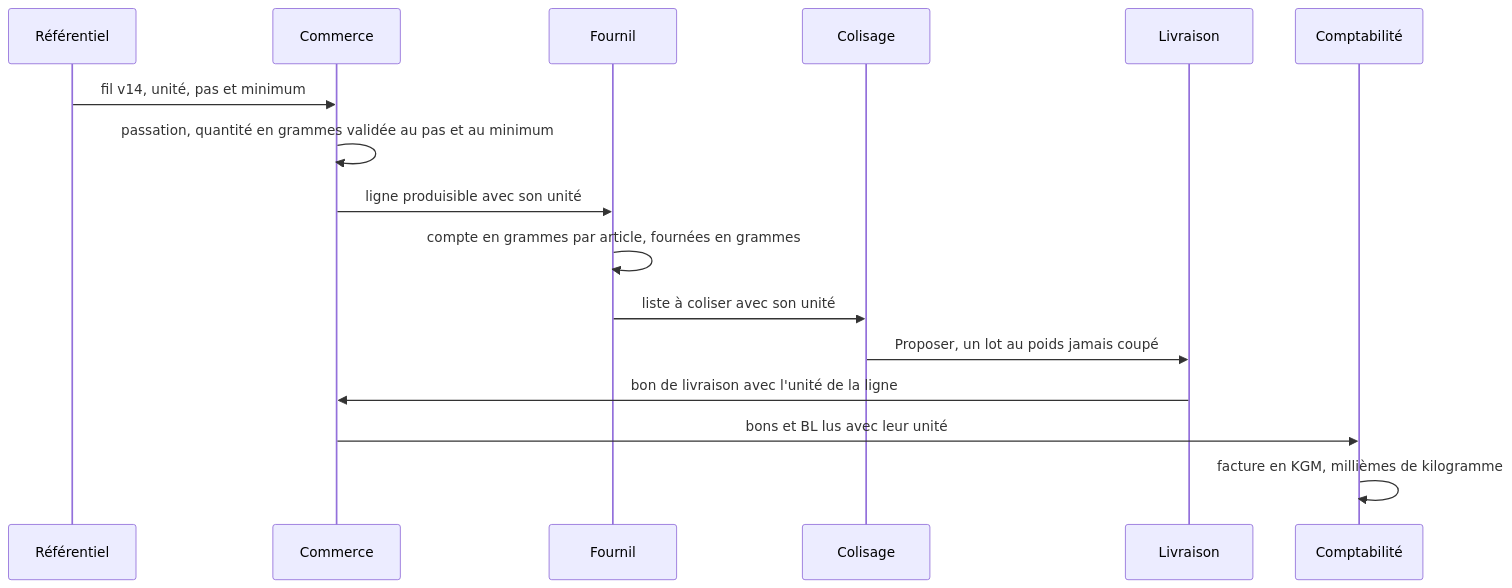
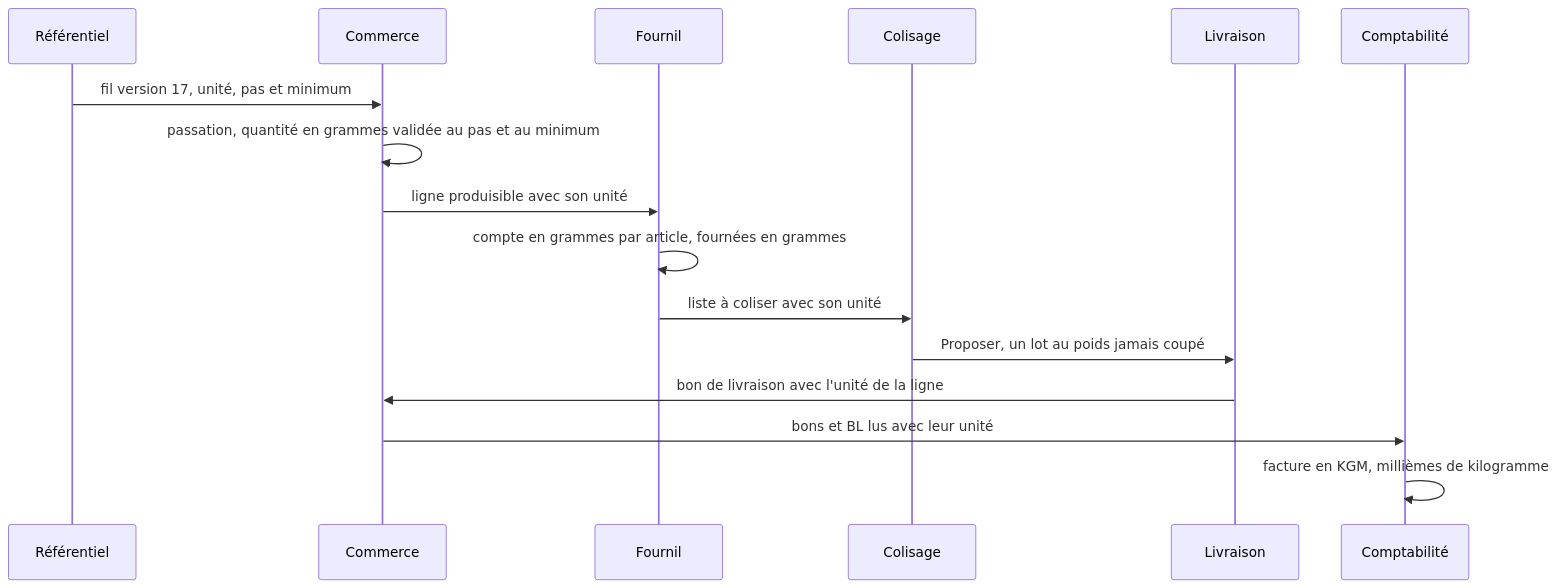
Before and after one commit to hugoheynard/lfd: the diagram in documentation/pricing/vente-au-poids.md, drawn with Mermaid. The commit also changed other lines of this file and 248 other files, not shown here.

````diff
--- a/documentation/pricing/vente-au-poids.md
+++ b/documentation/pricing/vente-au-poids.md
@@ -56,18 +55,18 @@
 ```mermaid
 sequenceDiagram
   participant PIM as Référentiel
   participant C as Commerce
   participant F as Fournil
   participant K as Colisage
   participant L as Livraison
   participant A as Comptabilité
-  PIM->>C: fil v14, unité, pas et minimum
+  PIM->>C: fil version 17, unité, pas et minimum
   C->>C: passation, quantité en grammes validée au pas et au minimum
   C->>F: ligne produisible avec son unité
   F->>F: compte en grammes par article, fournées en grammes
   F->>K: liste à coliser avec son unité
   K->>L: Proposer, un lot au poids jamais coupé
   L->>C: bon de livraison avec l'unité de la ligne
   C->>A: bons et BL lus avec leur unité
   A->>A: facture en KGM, millièmes de kilogramme
 ```
````
